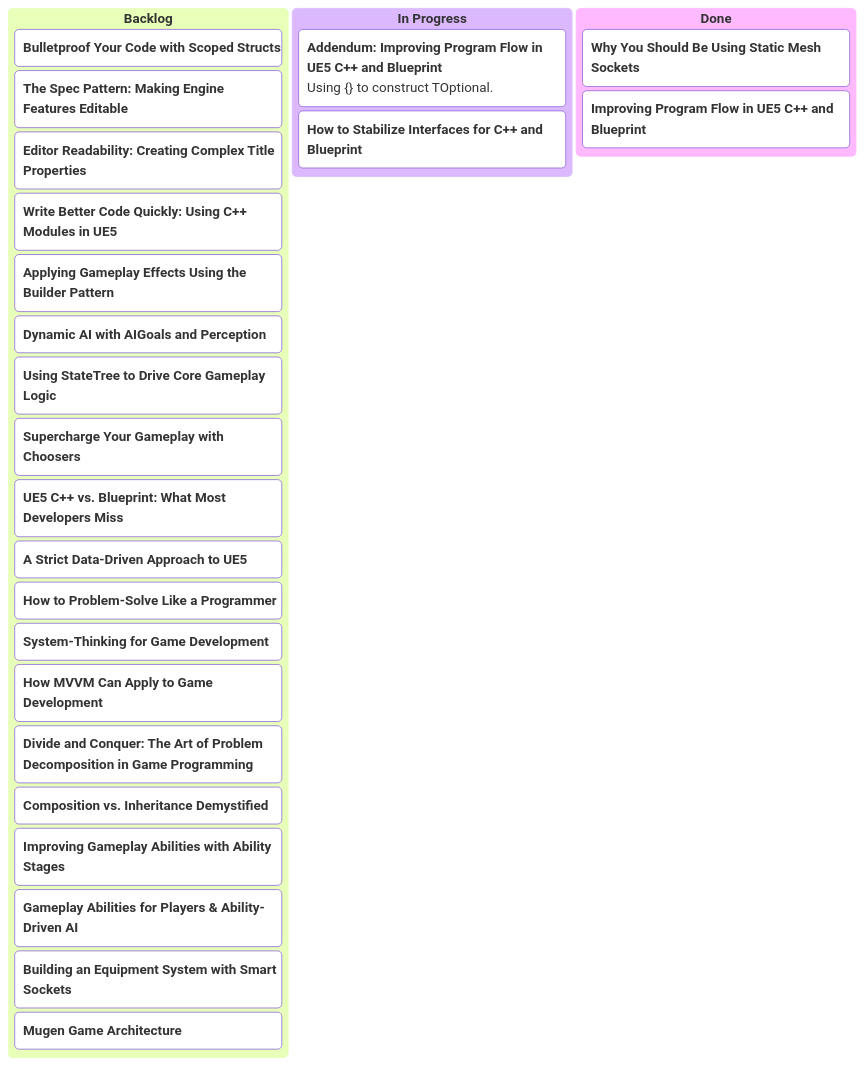
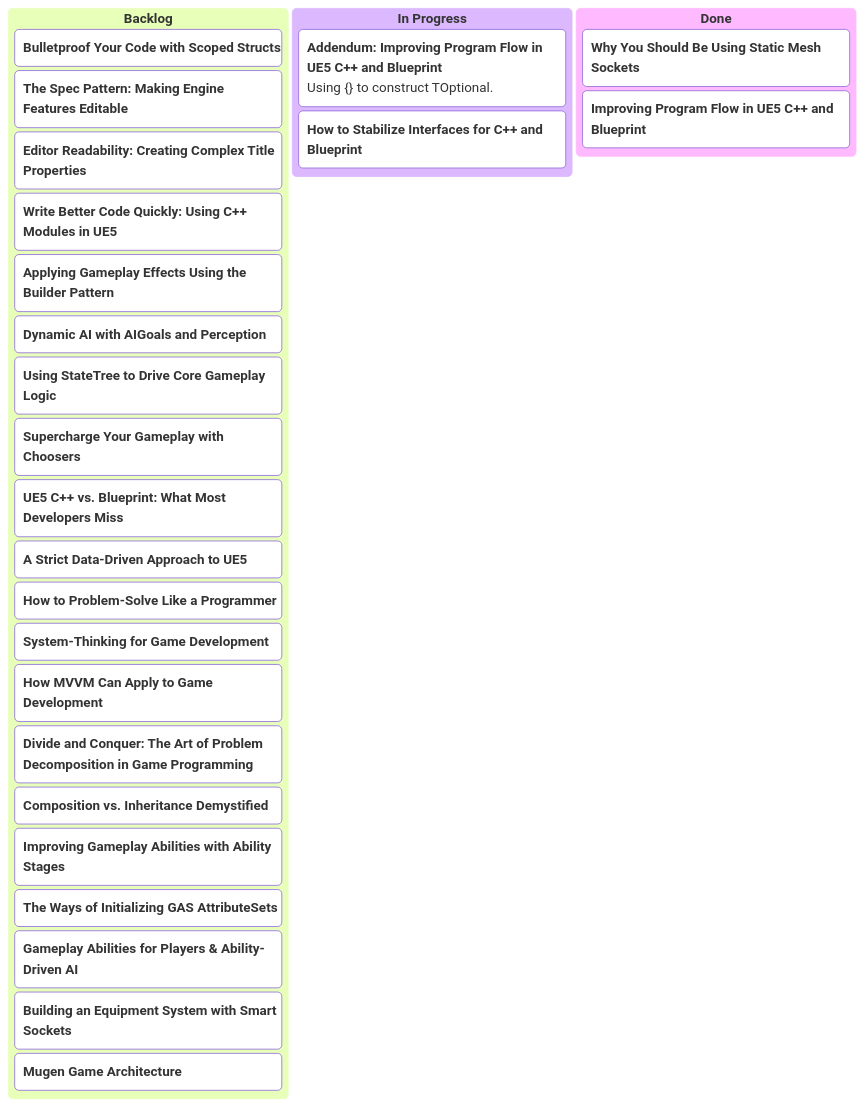
One commit to mugenmelon/mugenmelon.github.io changed the diagram in kanban.md. Above: the diagram before and after it, drawn with Mermaid.

```diff
--- a/kanban.md
+++ b/kanban.md
@@ -8,36 +8,37 @@
 <pre class="mermaid">
 ---
 config:
     kanban:
         sectionWidth: 333
 ---
 kanban
     ["`**Backlog**`"]
         ["`**Bulletproof Your Code with Scoped Structs**`"]
         ["`**The Spec Pattern: Making Engine Features Editable**`"]
         ["`**Editor Readability: Creating Complex Title Properties**`"]
         ["`**Write Better Code Quickly: Using C++ Modules in UE5**`"]
         ["`**Applying Gameplay Effects Using the Builder Pattern**`"]
         ["`**Dynamic AI with AIGoals and Perception**`"]
         ["`**Using StateTree to Drive Core Gameplay Logic**`"]
         ["`**Supercharge Your Gameplay with Choosers**`"]
         
         ["`**UE5 C++ vs. Blueprint: What Most Developers Miss**`"]
         ["`**A Strict Data-Driven Approach to UE5**`"]
         ["`**How to Problem-Solve Like a Programmer**`"]
         ["`**System-Thinking for Game Development**`"]
         ["`**How MVVM Can Apply to Game Development**`"]
         ["`**Divide and Conquer: The Art of Problem Decomposition in Game Programming**`"]
         ["`**Composition vs. Inheritance Demystified**`"]
         ["`**Improving Gameplay Abilities with Ability Stages**`"]
+        ["`**The Ways of Initializing GAS AttributeSets**`"]
         ["`**Gameplay Abilities for Players & Ability-Driven AI**`"]
         ["`**Building an Equipment System with Smart Sockets**`"]
         ["`**Mugen Game Architecture**`"]
     ["`**In Progress**`"]
         ["`**Addendum: Improving Program Flow in UE5 C++ and Blueprint**
             Using {} to construct TOptional.`"]
         ["`**How to Stabilize Interfaces for C++ and Blueprint**`"]
     ["`**Done**`"]
         ["`**Why You Should Be Using Static Mesh Sockets**`"]
         ["`**Improving Program Flow in UE5 C++ and Blueprint**`"]
 </pre>
```
